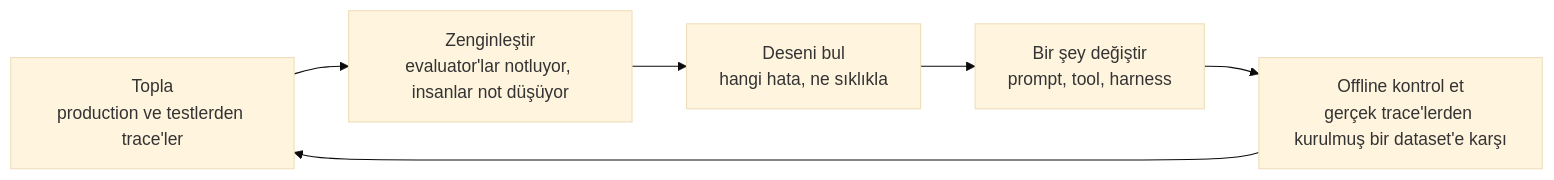
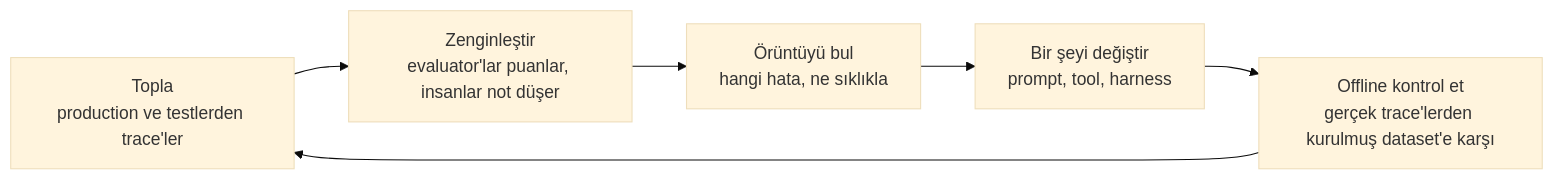
The first of 2 diagrams in mini-courses/1_fundamentals/observability_tr.md (lokumai/ai-engineering-bazaar), drawn with Mermaid (base theme) before and after one commit. The commit also changed other lines of this file and 63 other files, not shown here.

````diff
--- a/mini-courses/1_fundamentals/observability_tr.md
+++ b/mini-courses/1_fundamentals/observability_tr.md
@@ -42,8 +42,8 @@
 ```mermaid
 graph LR
-    A["Topla<br/>production ve testlerden trace'ler"] --> B["Zenginleştir<br/>evaluator'lar notluyor, insanlar not düşüyor"]
-    B --> C["Deseni bul<br/>hangi hata, ne sıklıkla"]
-    C --> D["Bir şey değiştir<br/>prompt, tool, harness"]
-    D --> E["Offline kontrol et<br/>gerçek trace'lerden kurulmuş bir dataset'e karşı"]
+    A["Topla<br/>production ve testlerden trace'ler"] --> B["Zenginleştir<br/>evaluator'lar puanlar, insanlar not düşer"]
+    B --> C["Örüntüyü bul<br/>hangi hata, ne sıklıkla"]
+    C --> D["Bir şeyi değiştir<br/>prompt, tool, harness"]
+    D --> E["Offline kontrol et<br/>gerçek trace'lerden kurulmuş dataset'e karşı"]
     E --> A
 ```
````
